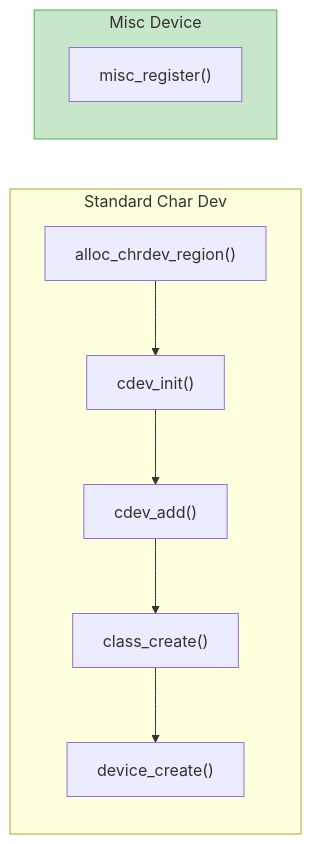
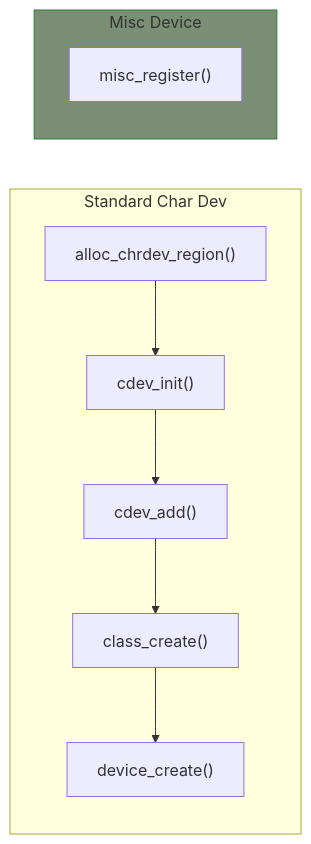
Before and after one commit to MichaelTien8901/linux-driver-guide-tutorial: the diagram in part3/07-misc-devices.md, drawn with Mermaid. The commit also changed 36 other files, not shown here.

Commit message:
Fix mermaid diagram colors to use consistent paper-like theme

````diff
--- a/part3/07-misc-devices.md
+++ b/part3/07-misc-devices.md
@@ -22,17 +22,17 @@
 ```mermaid
 flowchart LR
     subgraph Standard["Standard Char Dev"]
         A1["alloc_chrdev_region()"]
         A2["cdev_init()"]
         A3["cdev_add()"]
         A4["class_create()"]
         A5["device_create()"]
         A1 --> A2 --> A3 --> A4 --> A5
     end
 
     subgraph Misc["Misc Device"]
         B1["misc_register()"]
     end
 
-    style Misc fill:#c8e6c9,stroke:#4caf50
+    style Misc fill:#7a8f73,stroke:#2e7d32
 ```
````
